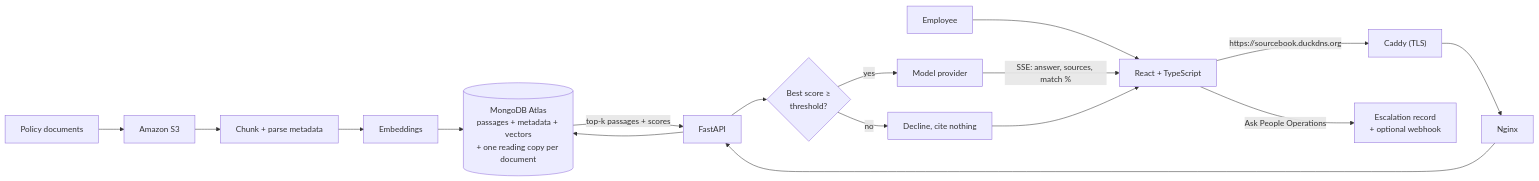
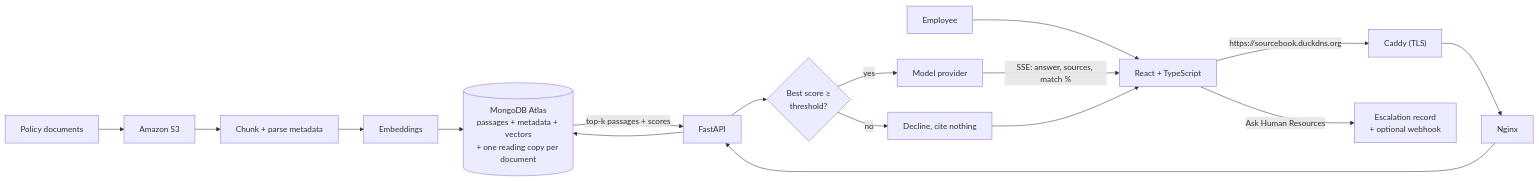
Before and after one commit to CMSC495-GROUP3/Sourcebook: the diagram in README.md, drawn with Mermaid. The commit also changed other lines of this file and 33 other files, not shown here.

Commit message:
refactor: renamed People Operations to Human Resources in corpus and docs

````diff
--- a/README.md
+++ b/README.md
@@ -120,20 +120,20 @@
 ```mermaid
 flowchart LR
     DOCS["Policy documents"] --> S3["Amazon S3"]
     S3 --> INGEST["Chunk + parse metadata"]
     INGEST --> EMBED["Embeddings"]
     EMBED --> MONGO[("MongoDB Atlas<br/>passages + metadata + vectors<br/>+ one reading copy per document")]
 
     USER["Employee"] --> REACT["React + TypeScript"]
     REACT -->|"https://sourcebook.duckdns.org"| CADDY["Caddy (TLS)"]
     CADDY --> NGINX["Nginx"]
     NGINX --> API["FastAPI"]
     API --> MONGO
     MONGO -->|"top-k passages + scores"| API
     API --> GATE{"Best score ≥<br/>threshold?"}
     GATE -->|"no"| REFUSE["Decline, cite nothing"]
     GATE -->|"yes"| LLM["Model provider"]
     LLM -->|"SSE: answer, sources, match %"| REACT
     REFUSE --> REACT
-    REACT -->|"Ask People Operations"| ESC["Escalation record<br/>+ optional webhook"]
+    REACT -->|"Ask Human Resources"| ESC["Escalation record<br/>+ optional webhook"]
 ```
````
